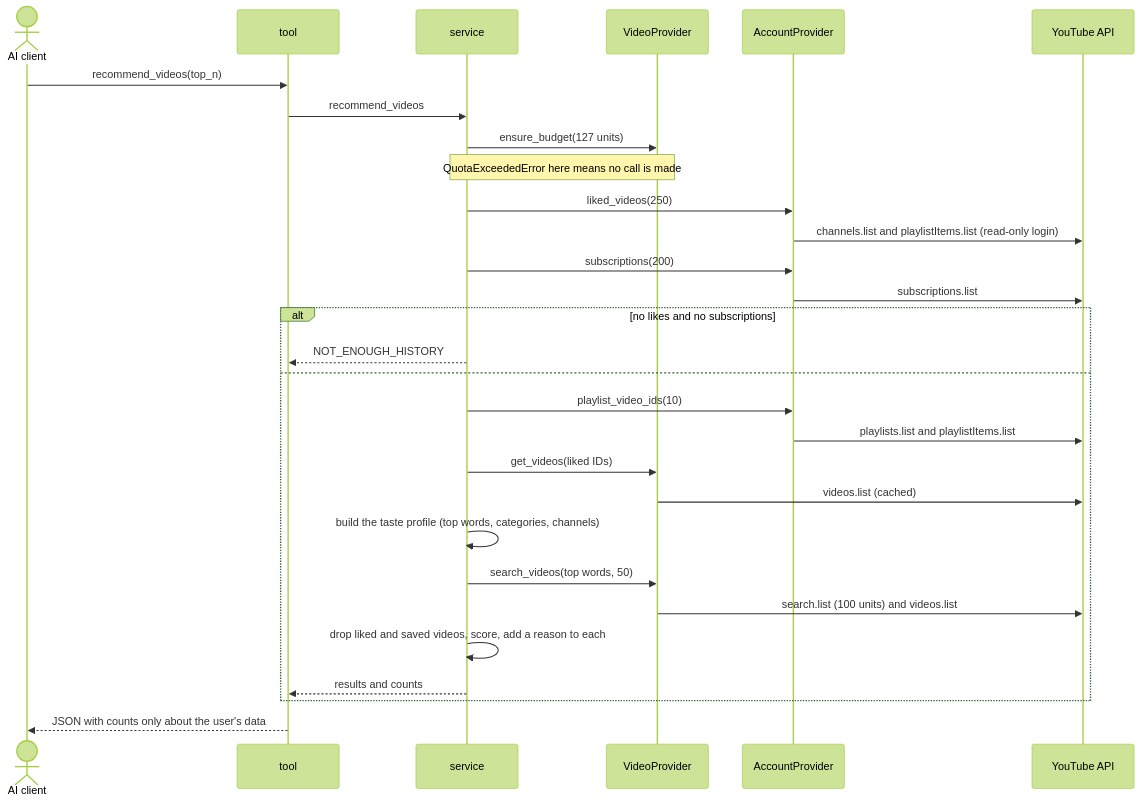
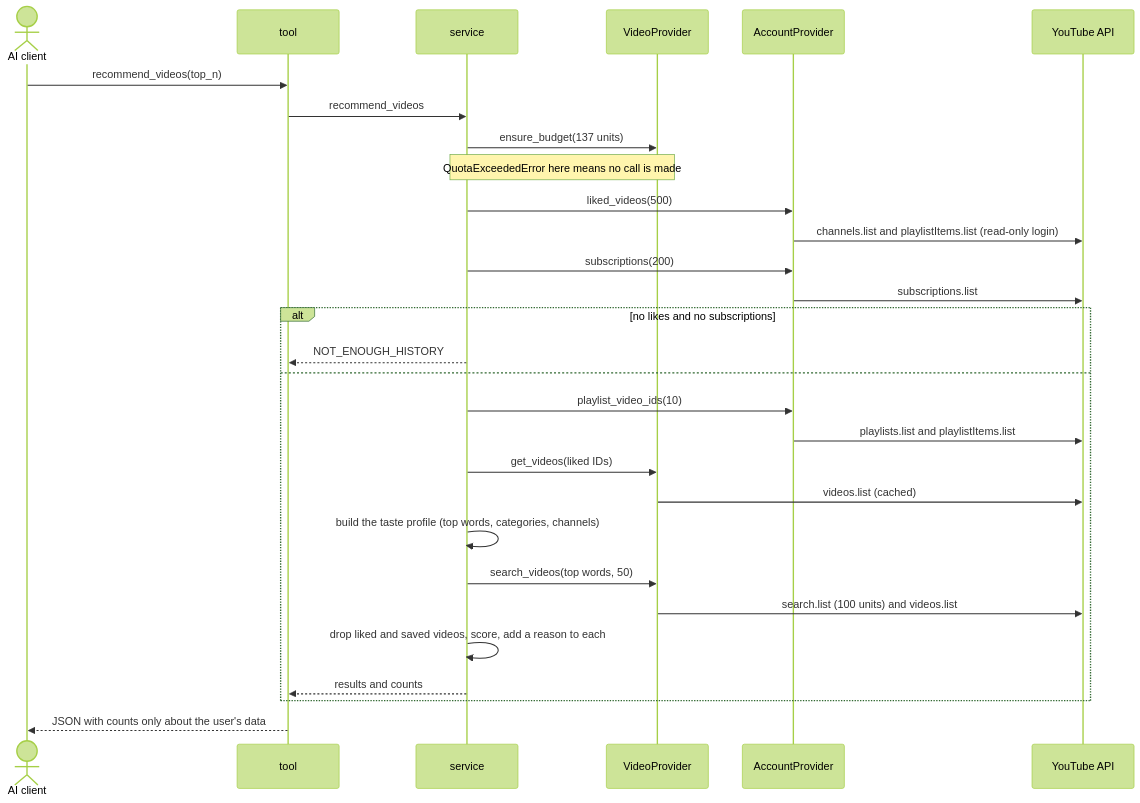
One commit to Chris-ops4573/Youtube_MCP_Server changed the sixth of 7 diagrams in docs/Areas/Design Sequences.md. Above: the diagram before and after it, drawn with Mermaid (forest theme). The commit also changed 14 other files, not shown here.

````diff
--- a/docs/Areas/Design Sequences.md
+++ b/docs/Areas/Design Sequences.md
@@ -168,31 +168,31 @@
 ```mermaid
 sequenceDiagram
   actor AI as AI client
   participant T as tool
   participant S as service
   participant P as VideoProvider
   participant A as AccountProvider
   participant G as YouTube API
   AI->>T: recommend_videos(top_n)
   T->>S: recommend_videos
-  S->>P: ensure_budget(127 units)
+  S->>P: ensure_budget(137 units)
   Note over S,P: QuotaExceededError here means no call is made
-  S->>A: liked_videos(250)
+  S->>A: liked_videos(500)
   A->>G: channels.list and playlistItems.list (read-only login)
   S->>A: subscriptions(200)
   A->>G: subscriptions.list
   alt no likes and no subscriptions
     S-->>T: NOT_ENOUGH_HISTORY
   else
     S->>A: playlist_video_ids(10)
     A->>G: playlists.list and playlistItems.list
     S->>P: get_videos(liked IDs)
     P->>G: videos.list (cached)
     S->>S: build the taste profile (top words, categories, channels)
     S->>P: search_videos(top words, 50)
     P->>G: search.list (100 units) and videos.list
     S->>S: drop liked and saved videos, score, add a reason to each
     S-->>T: results and counts
   end
   T-->>AI: JSON with counts only about the user's data
 ```
````
